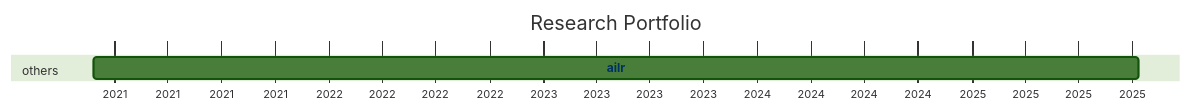
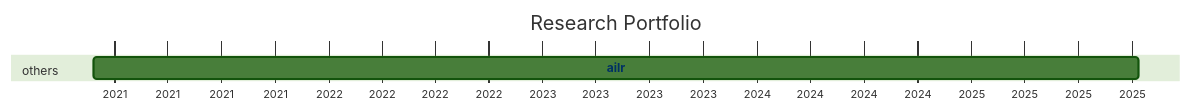
The diagram in docs/20-research/25-projects-gantt.md (digital-work-lab/handbook), drawn with Mermaid (forest theme) before and after one commit.

Commit message:
Update repository overview

````diff
--- a/docs/20-research/25-projects-gantt.md
+++ b/docs/20-research/25-projects-gantt.md
@@ -8,21 +8,21 @@
 ```mermaid
 ---
 displayMode: compact
 ---
 gantt
 title Research Portfolio
 dateFormat YYYY-MM-DD
 axisFormat %Y
 
     section work_practices
 
     section distributed_organizing
 
     section knowledge_synthesis
 
     section others
-        ailr :ailr, 2020-11-26, 2025-10-12
+        ailr :ailr, 2020-11-26, 2025-10-13
 
 
     click ailr href "{{ site.baseurl }}/docs/10-lab/18-resources/ailr.html"
 ```
````
